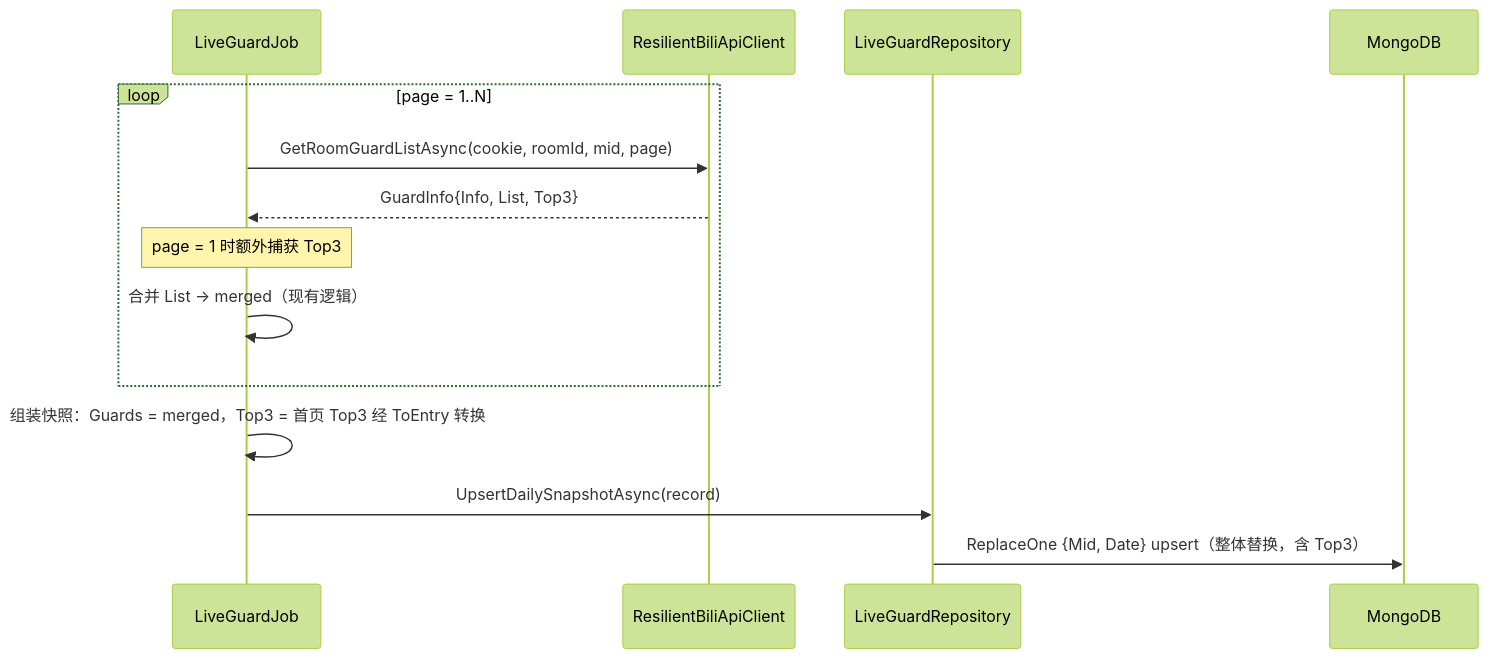
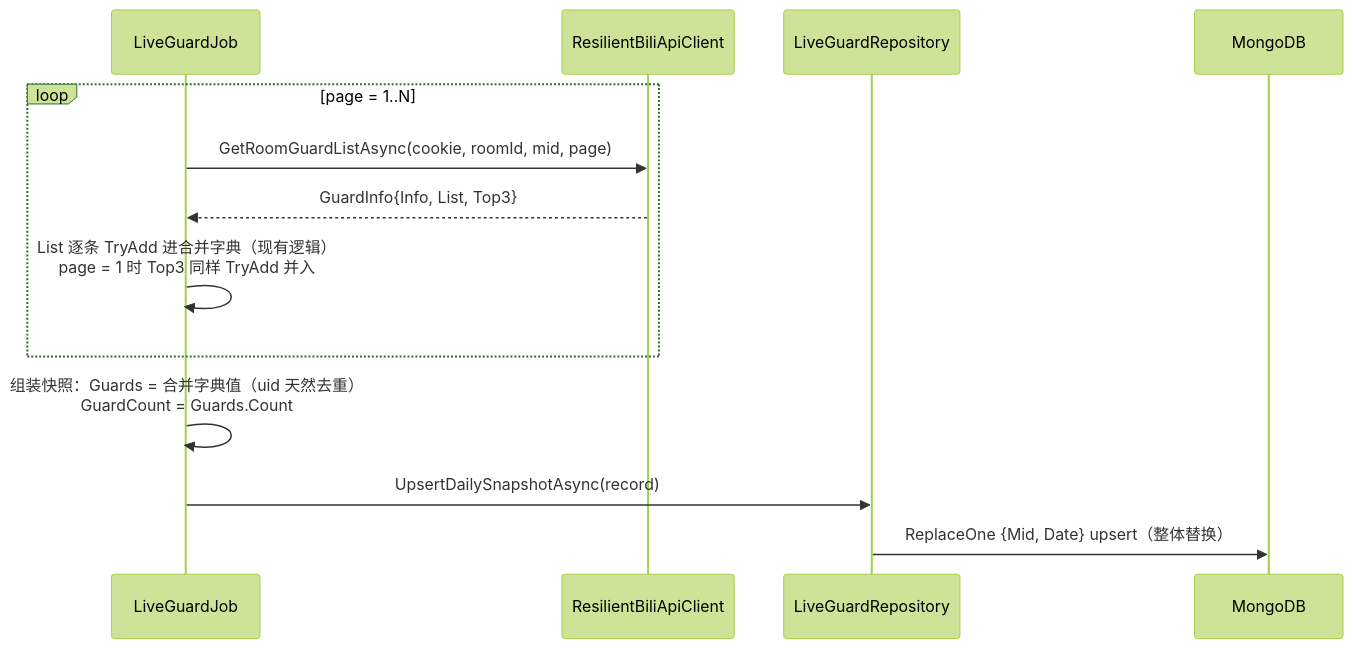
Before and after one commit to Deliay/z-vtuber: the second of 2 diagrams in docs/engineering/proposals/20260903-proposal-live-guard-top3.md, drawn with Mermaid (forest theme). The commit also changed other lines of this file and 1 other file, not shown here.

First line of the commit message:
docs: 按打回意见调整——top3 打平并入 guard_list 存储

````diff
--- a/docs/engineering/proposals/20260903-proposal-live-guard-top3.md
+++ b/docs/engineering/proposals/20260903-proposal-live-guard-top3.md
@@ -107,17 +102,16 @@
 ```mermaid
 sequenceDiagram
     participant J as LiveGuardJob
     participant C as ResilientBiliApiClient
     participant R as LiveGuardRepository
     participant M as MongoDB
 
     loop page = 1..N
         J->>C: GetRoomGuardListAsync(cookie, roomId, mid, page)
         C-->>J: GuardInfo{Info, List, Top3}
-        Note over J: page = 1 时额外捕获 Top3
-        J->>J: 合并 List → merged（现有逻辑）
+        J->>J: List 逐条 TryAdd 进合并字典（现有逻辑）<br/>page = 1 时 Top3 同样 TryAdd 并入
     end
-    J->>J: 组装快照：Guards = merged，Top3 = 首页 Top3 经 ToEntry 转换
+    J->>J: 组装快照：Guards = 合并字典值（uid 天然去重）<br/>GuardCount = Guards.Count
     J->>R: UpsertDailySnapshotAsync(record)
-    R->>M: ReplaceOne {Mid, Date} upsert（整体替换，含 Top3）
+    R->>M: ReplaceOne {Mid, Date} upsert（整体替换）
 ```
````
